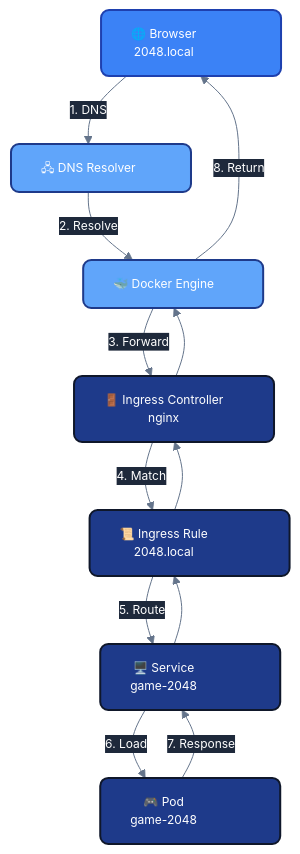
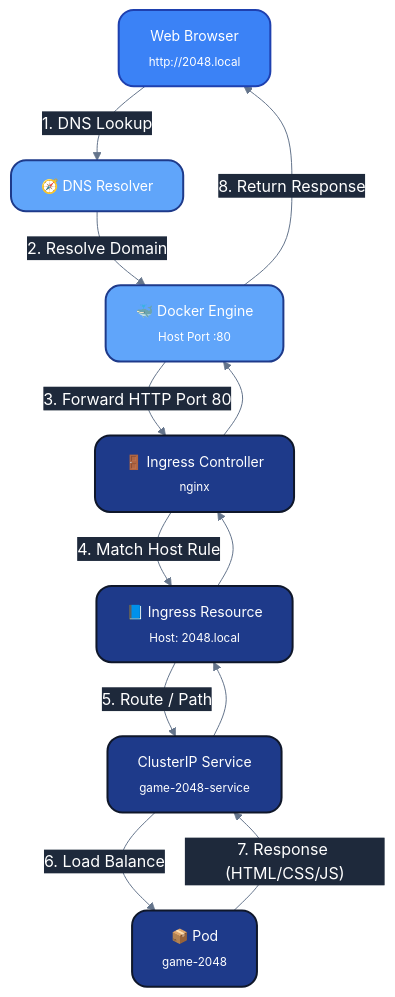
The second of 2 diagrams in README.md (kadirariklar/game-2048-for-k8s), drawn with Mermaid before and after one commit.

Commit message:
Edited mermaid diagrams.

````diff
--- a/README.md
+++ b/README.md
@@ -562,52 +562,43 @@
 ```mermaid
 %%{init: {
   "theme": "base",
   "themeVariables": {
     "primaryColor": "#2563EB",
     "primaryTextColor": "#FFFFFF",
     "primaryBorderColor": "#1E40AF",
     "clusterBkg": "#0F172A",
     "clusterBorder": "#1E293B",
     "edgeLabelBackground": "#1E293B",
     "lineColor": "#64748B",
-    "fontFamily": "Inter, sans-serif",
-    "fontSize": "12px"
+    "fontFamily": "Inter, sans-serif"
   }
 }}%%
 flowchart TD
-    Browser["🌐 Browser<br/>2048.local"]:::client
-    DNS["🖧 DNS Resolver"]:::infra
-    Docker["🐳 Docker Engine"]:::infra
-    Ingress["🚪 Ingress Controller<br/>nginx"]:::k8s
-    Rule["📜 Ingress Rule<br/>2048.local"]:::k8s
-    Service["🖥️ Service<br/>game-2048"]:::k8s
-    Pod["🎮 Pod<br/>game-2048"]:::k8s
+    Browser["Web Browser<br><sub>http://2048.local</sub>"]:::client
+    DNS["🧭 DNS Resolver"]:::infra
+    Docker["🐳 Docker Engine<br><sub>Host Port :80</sub>"]:::infra
+    Ingress["🚪 Ingress Controller<br><sub>nginx</sub>"]:::k8s
+    Rule["📘 Ingress Resource<br><sub>Host: 2048.local</sub>"]:::k8s
+    Service["ClusterIP Service<br><sub>game-2048-service</sub>"]:::k8s
+    Pod["📦 Pod<br><sub>game-2048</sub>"]:::k8s
 
     %% Vertical flow
-    Browser -->|"1. DNS"| DNS
-    DNS -->|"2. Resolve"| Docker
-    Docker -->|"3. Forward"| Ingress
-    Ingress -->|"4. Match"| Rule
-    Rule -->|"5. Route"| Service
-    Service -->|"6. Load"| Pod
-    Pod -->|"7. Response"| Service
+    Browser -->|"1. DNS Lookup"| DNS
+    DNS -->|"2. Resolve Domain"| Docker
+    Docker -->|"3. Forward HTTP Port 80"| Ingress
+    Ingress -->|"4. Match Host Rule"| Rule
+    Rule -->|"5. Route / Path"| Service
+    Service -->|"6. Load Balance"| Pod
+    Pod -->|"7. Response (HTML/CSS/JS)"| Service
     Service --> Rule
     Rule --> Ingress
     Ingress --> Docker
-    Docker -->|"8. Return"| Browser
+    Docker -->|"8. Return Response"| Browser
 
     %% Style
-    classDef client fill:#3B82F6,stroke:#1E40AF,color:#FFFFFF,rx:8,ry:8,stroke-width:2px,text-align:center;
-    classDef infra fill:#60A5FA,stroke:#1E3A8A,color:#FFFFFF,rx:8,ry:8,stroke-width:2px,text-align:center;
-    classDef k8s fill:#1E3A8A,stroke:#0F172A,color:#FFFFFF,rx:8,ry:8,stroke-width:2px,text-align:center;
+    classDef client fill:#3B82F6,stroke:#1E40AF,color:#FFFFFF,rx:15,ry:15,stroke-width:2px,font-size:14px;
+    classDef infra fill:#60A5FA,stroke:#1E3A8A,color:#FFFFFF,rx:15,ry:15,stroke-width:2px,font-size:14px;
+    classDef k8s fill:#1E3A8A,stroke:#0F172A,color:#FFFFFF,rx:15,ry:15,stroke-width:2px,font-size:14px;
 
-    %% Node size
-    style Browser width:180px;
-    style DNS width:180px;
-    style Docker width:180px;
-    style Ingress width:200px;
-    style Rule width:200px;
-    style Service width:180px;
-    style Pod width:180px;
 
 ```
````
